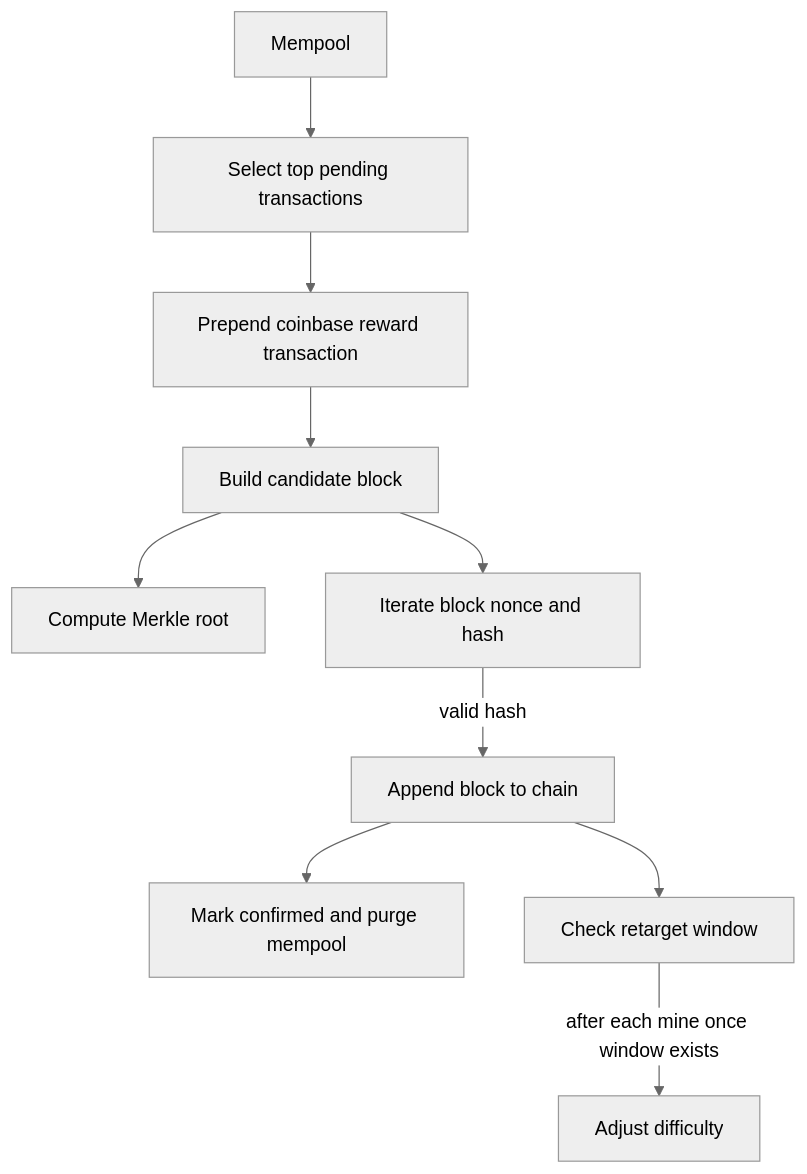
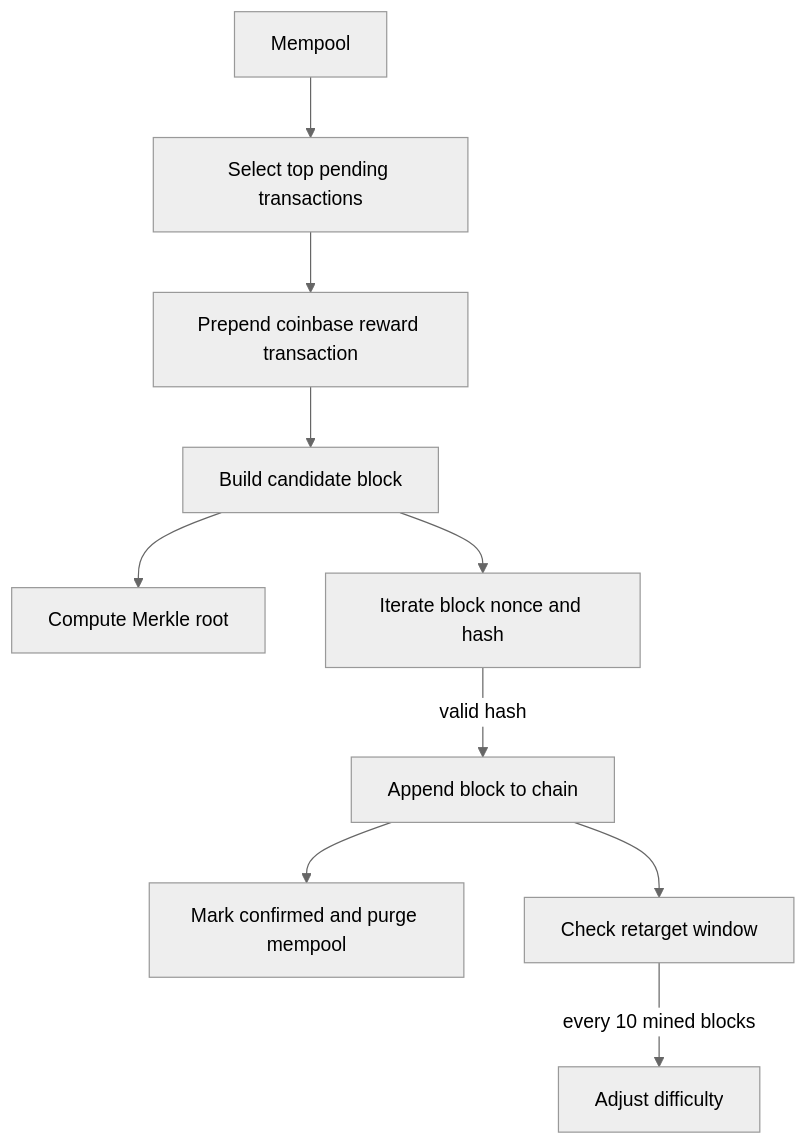
Before and after one commit to tejirijesse/aht-blockchain-summative: the seventh of 9 diagrams in docs/SYSTEM_DESIGN_DIAGRAM.md, drawn with Mermaid (neutral theme). The commit also changed other lines of this file and 10 other files, not shown here.

````diff
--- a/docs/SYSTEM_DESIGN_DIAGRAM.md
+++ b/docs/SYSTEM_DESIGN_DIAGRAM.md
@@ -110,12 +110,12 @@
 ```mermaid
 flowchart TD
     MP[Mempool] --> SEL[Select top pending transactions]
     SEL --> COIN[Prepend coinbase reward transaction]
     COIN --> BUILD[Build candidate block]
     BUILD --> ROOT[Compute Merkle root]
     BUILD --> POW[Iterate block nonce and hash]
     POW -->|valid hash| APPEND[Append block to chain]
     APPEND --> PURGE[Mark confirmed and purge mempool]
     APPEND --> RET[Check retarget window]
-    RET -->|after each mine once window exists| ADJ[Adjust difficulty]
+    RET -->|every 10 mined blocks| ADJ[Adjust difficulty]
 ```
````
